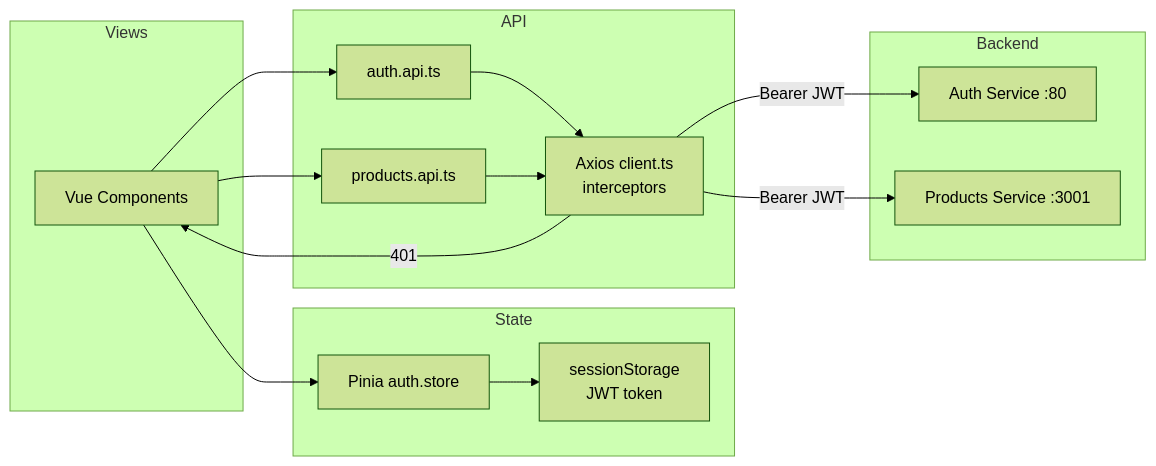
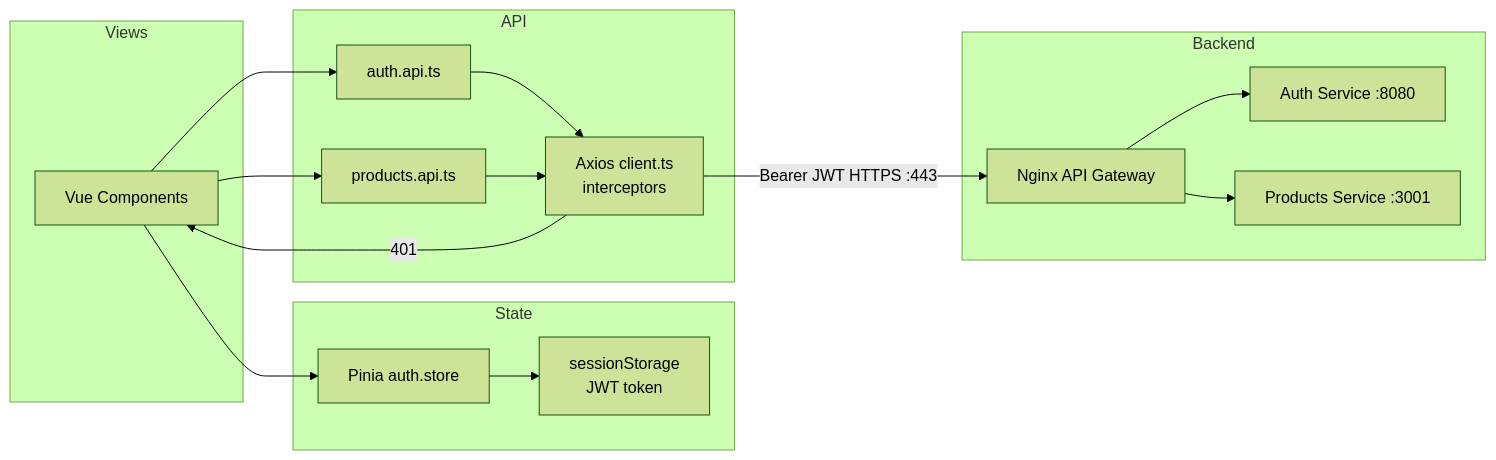
Before and after one commit to WaelAlQawasmi/ecommerce-frontend: diagram 14 of 17 in docs/diagrams.md, drawn with Mermaid (forest theme). The commit also changed other lines of this file and 10 other files, not shown here.

Commit message:
Update production API URLs to use HTTPS and enhance documentation regarding Nginx API Gateway configuration. All backend services now route through a single secure endpoint, with Swagger/OpenAPI disabled in production environments.

````diff
--- a/docs/diagrams.md
+++ b/docs/diagrams.md
@@ -644,32 +646,34 @@
 ```mermaid
 flowchart LR
     subgraph Views
         V[Vue Components]
     end
 
     subgraph State
         PINIA[Pinia auth.store]
         SS[sessionStorage\nJWT token]
     end
 
     subgraph API
         AC[auth.api.ts]
         PC[products.api.ts]
         AX[Axios client.ts\ninterceptors]
     end
 
     subgraph Backend
-        AUTH[Auth Service :80]
+        GW[Nginx API Gateway :443]
+        AUTH[Auth Service :8080]
         PROD[Products Service :3001]
     end
 
     V --> PINIA
     V --> AC
     V --> PC
     PINIA --> SS
     AC --> AX
     PC --> AX
-    AX -->|Bearer JWT| AUTH
-    AX -->|Bearer JWT| PROD
+    AX -->|Bearer JWT HTTPS :443| GW[Nginx API Gateway]
+    GW --> AUTH
+    GW --> PROD
     AX -->|401| V
 ```
````
